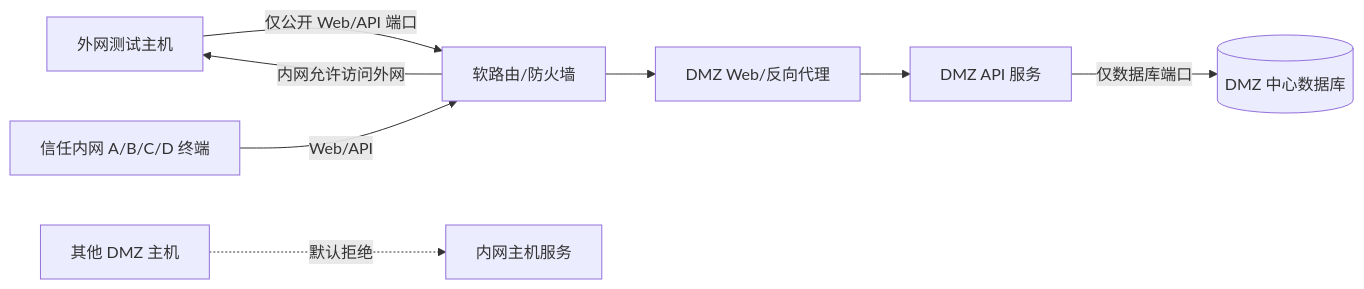
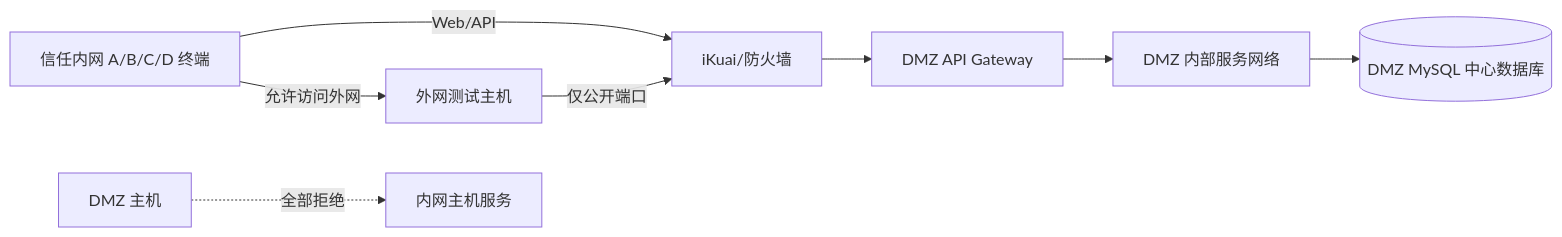
One commit to Nev3r1ove9y0rmyX/NIS changed the fourth of 4 diagrams in docs/architecture.md. Above: the diagram before and after it, drawn with Mermaid. The commit also changed other lines of this file and 12 other files, not shown here.

````diff
--- a/docs/architecture.md
+++ b/docs/architecture.md
@@ -105,10 +222,10 @@
 ```mermaid
 flowchart LR
-  EXT[外网测试主机] -->|仅公开 Web/API 端口| FW[软路由/防火墙]
+  EXT[外网测试主机] -->|仅公开端口| FW[iKuai/防火墙]
   LAN[信任内网 A/B/C/D 终端] -->|Web/API| FW
-  FW --> PROXY[DMZ Web/反向代理]
-  PROXY --> API[DMZ API 服务]
-  API -->|仅数据库端口| DB[(DMZ 中心数据库)]
-  DMZ[其他 DMZ 主机] -. 默认拒绝 .-> LANHOST[内网主机服务]
-  FW -->|内网允许访问外网| EXT
+  FW --> GW[DMZ API Gateway]
+  GW --> SVCS[DMZ 内部服务网络]
+  SVCS --> DB[(DMZ MySQL 中心数据库)]
+  DMZ[DMZ 主机] -. 全部拒绝 .-> LANHOST[内网主机服务]
+  LAN -->|允许访问外网| EXT
 ```
````
